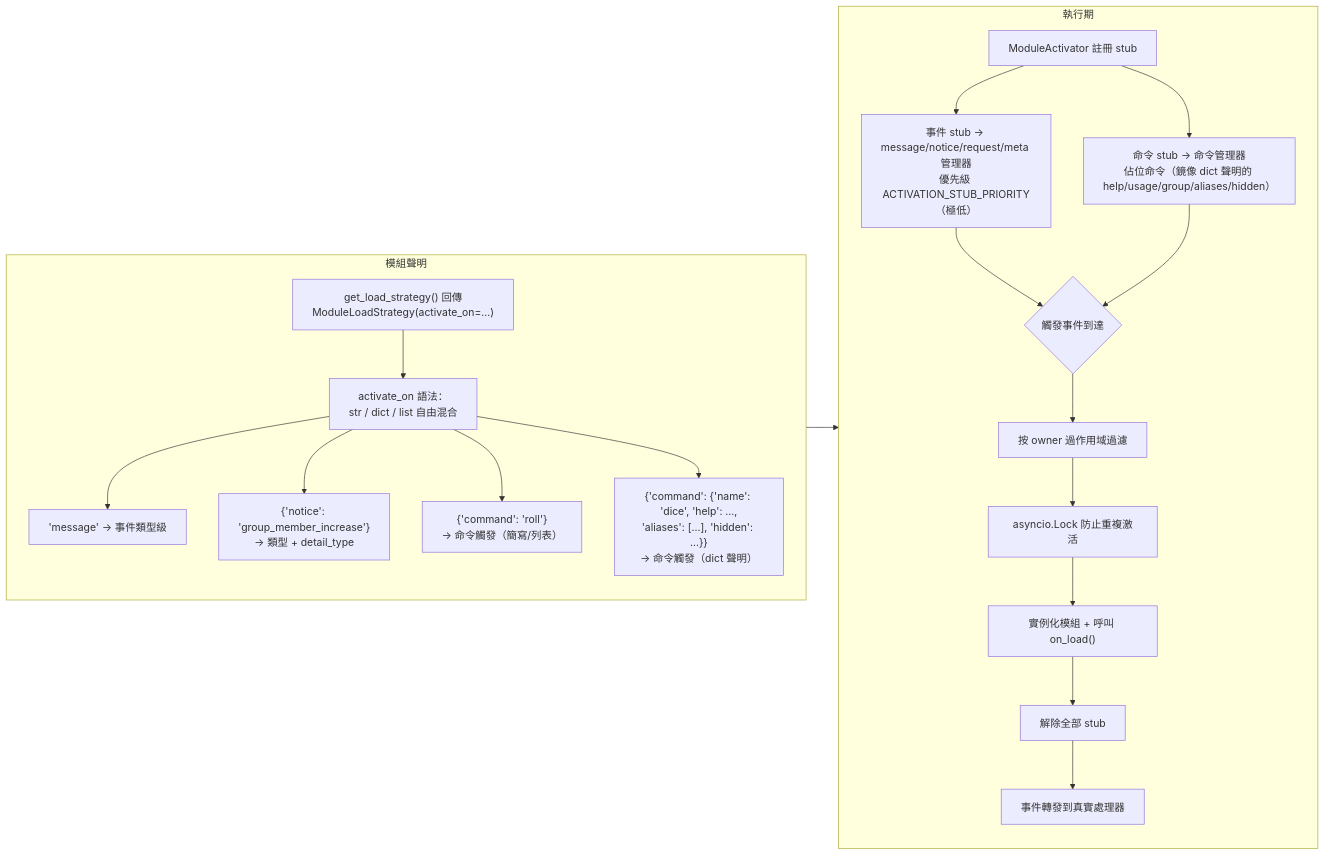
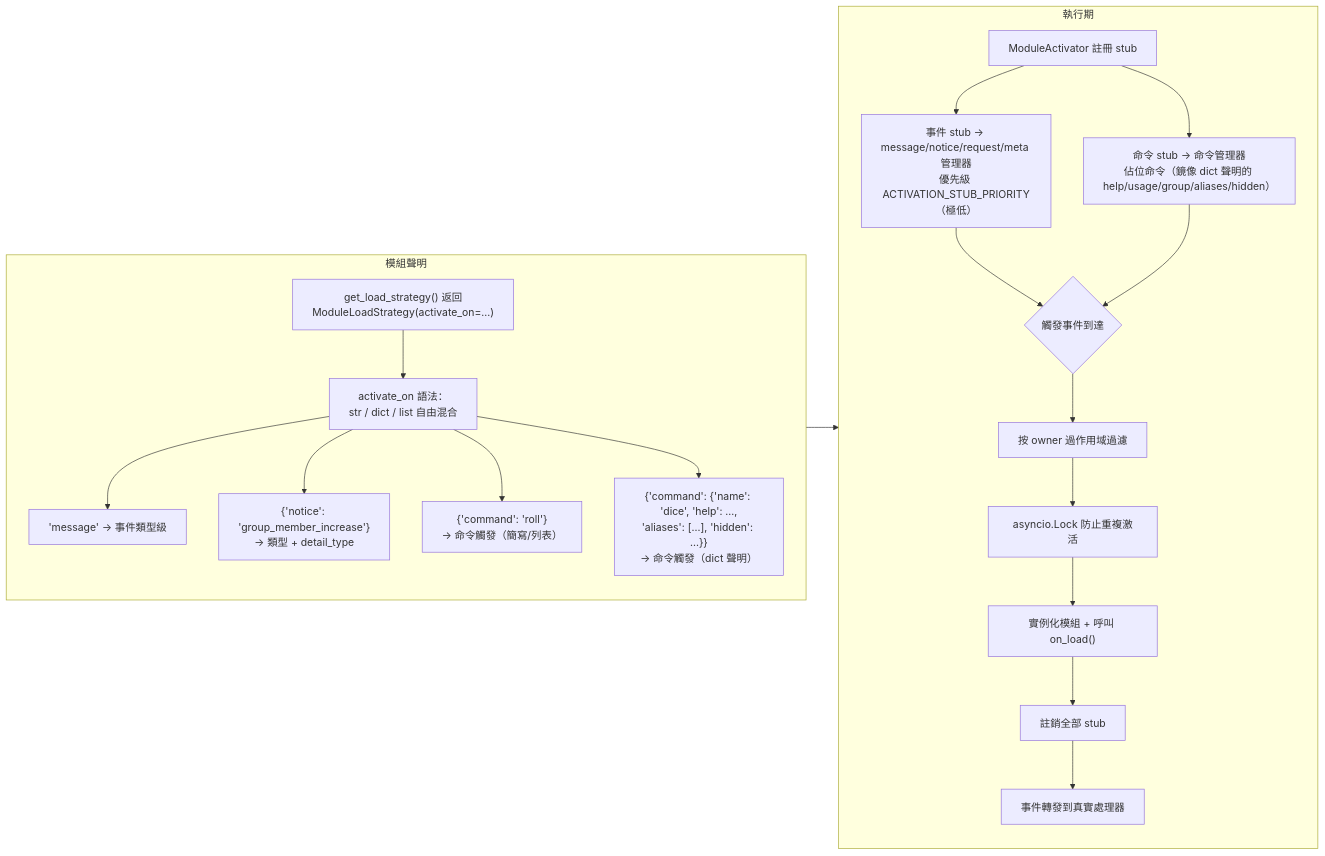
One commit to ErisPulse/ErisPulse changed the seventh of 10 diagrams in docs/zh-TW/architecture.md. Above: the diagram before and after it, drawn with Mermaid. The commit also changed other lines of this file and 828 other files, not shown here.

````diff
--- a/docs/zh-TW/architecture.md
+++ b/docs/zh-TW/architecture.md
@@ -222,24 +225,24 @@
 ```mermaid
 flowchart LR
     subgraph Declare["模組聲明"]
-        S1["get_load_strategy() 回傳<br/>ModuleLoadStrategy(activate_on=...)"] --> S2["activate_on 語法：<br/>str / dict / list 自由混合"]
+        S1["get_load_strategy() 返回<br/>ModuleLoadStrategy(activate_on=...)"] --> S2["activate_on 語法：<br/>str / dict / list 自由混合"]
         S2 --> S2a["'message' → 事件類型級"]
         S2 --> S2b["{'notice': 'group_member_increase'}<br/>→ 類型 + detail_type"]
         S2 --> S2c["{'command': 'roll'}<br/>→ 命令觸發（簡寫/列表）"]
         S2 --> S2d["{'command': {'name': 'dice', 'help': ...,<br/>'aliases': [...], 'hidden': ...}}<br/>→ 命令觸發（dict 聲明）"]
     end
 
     subgraph Runtime["執行期"]
         R1["ModuleActivator 註冊 stub"] --> R1a["事件 stub → message/notice/request/meta 管理器<br/>優先級 ACTIVATION_STUB_PRIORITY（極低）"]
         R1 --> R1b["命令 stub → 命令管理器<br/>佔位命令（鏡像 dict 聲明的 help/usage/group/aliases/hidden）"]
         R1a --> R2{"觸發事件到達"}
         R1b --> R2
         R2 --> R3["按 owner 過作用域過濾"]
         R3 --> R4["asyncio.Lock 防止重複激活"]
         R4 --> R5["實例化模組 + 呼叫 on_load()"]
-        R5 --> R6["解除全部 stub"]
+        R5 --> R6["註銷全部 stub"]
         R6 --> R7["事件轉發到真實處理器"]
     end
 
     Declare --> Runtime
 ```
````
